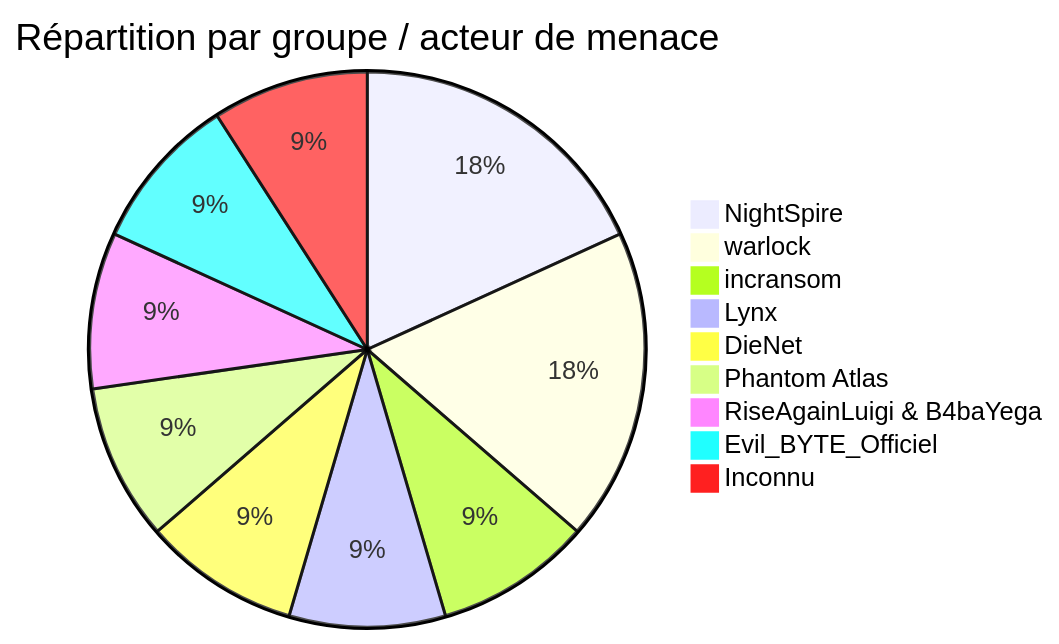
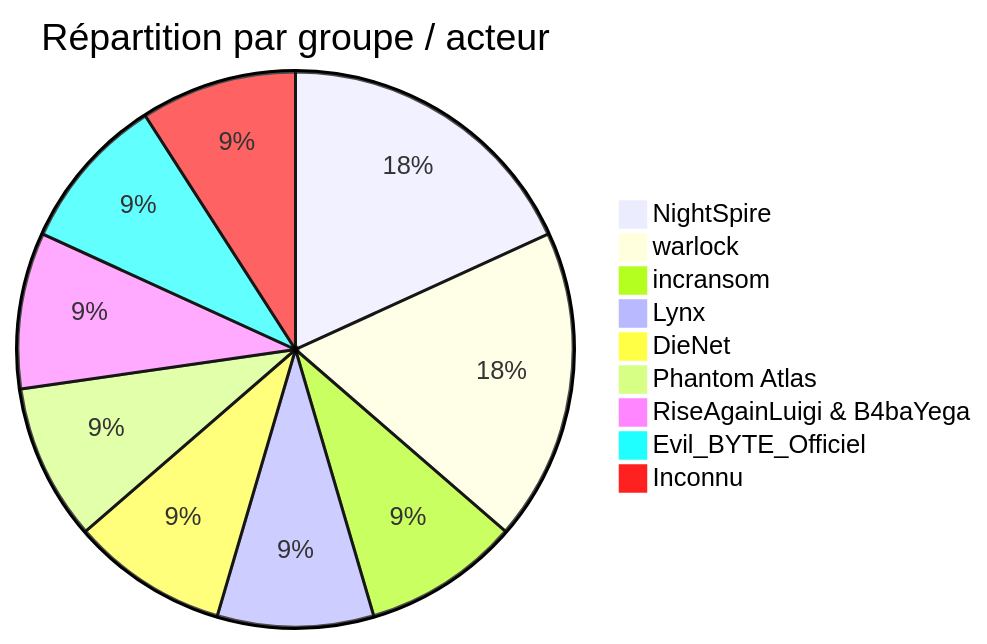
The first of 5 diagrams in reports/2025/06-june/README_FR.md (Hatchepsoute/AFRINTEL), drawn with Mermaid before and after one commit. The commit also changed other lines of this file and 1 other file, not shown here.

Commit message:
Rapport CTI : Cyberattaques en Afrique Juin 2025

````diff
--- a/reports/2025/06-june/README_FR.md
+++ b/reports/2025/06-june/README_FR.md
@@ -35,12 +35,12 @@
 ```mermaid
-pie title Répartition par groupe / acteur de menace
+pie title Répartition par groupe / acteur
     "NightSpire" : 2
     "warlock" : 2
     "incransom" : 1
     "Lynx" : 1
     "DieNet" : 1
     "Phantom Atlas" : 1
     "RiseAgainLuigi & B4baYega" : 1
     "Evil_BYTE_Officiel" : 1
     "Inconnu" : 1
 ```
````
